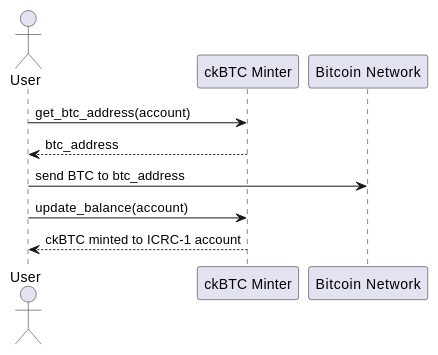
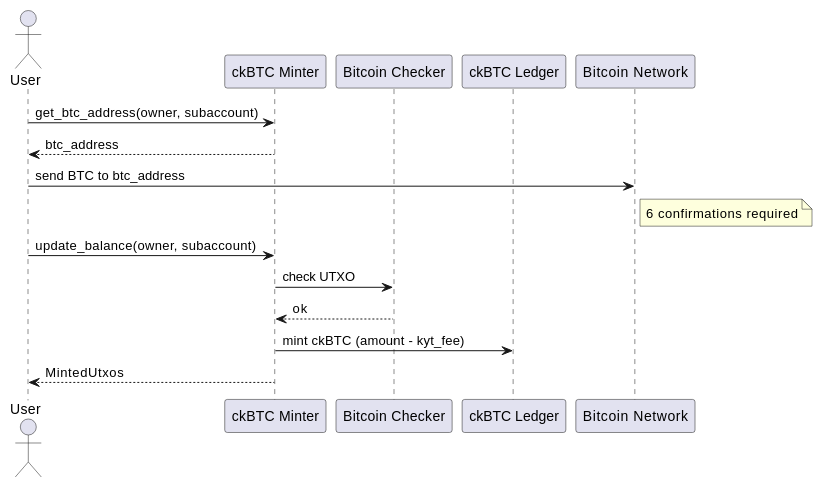
Before and after one commit to dfinity/developer-docs: the first of 2 diagrams in docs/guides/chain-fusion/bitcoin.mdx, drawn with PlantUML. The commit also changed other lines of this file, not shown here.

First line of the commit message:
docs(bitcoin): add KYT check and full participants to ckBTC flow diagrams

````diff
--- a/docs/guides/chain-fusion/bitcoin.mdx
+++ b/docs/guides/chain-fusion/bitcoin.mdx
@@ -34,11 +34,17 @@
 ```plantuml
 actor User
 participant "ckBTC Minter" as Minter
+participant "Bitcoin Checker" as KYT
+participant "ckBTC Ledger" as Ledger
 participant "Bitcoin Network" as BTC
 
-User -> Minter: get_btc_address(account)
+User -> Minter: get_btc_address(owner, subaccount)
 Minter --> User: btc_address
 User -> BTC: send BTC to btc_address
-User -> Minter: update_balance(account)
-Minter --> User: ckBTC minted to ICRC-1 account
+note right of BTC: 6 confirmations required
+User -> Minter: update_balance(owner, subaccount)
+Minter -> KYT: check UTXO
+KYT --> Minter: ok
+Minter -> Ledger: mint ckBTC (amount - kyt_fee)
+Minter --> User: MintedUtxos
 ```
````
